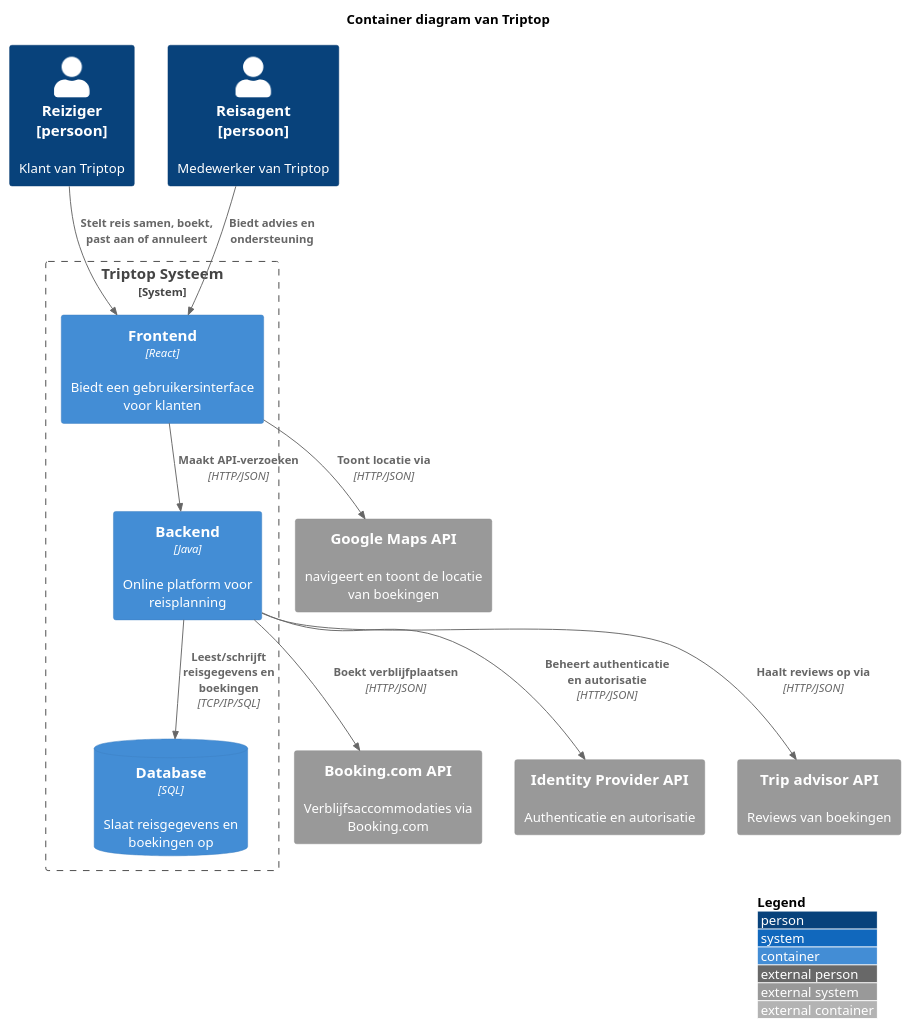
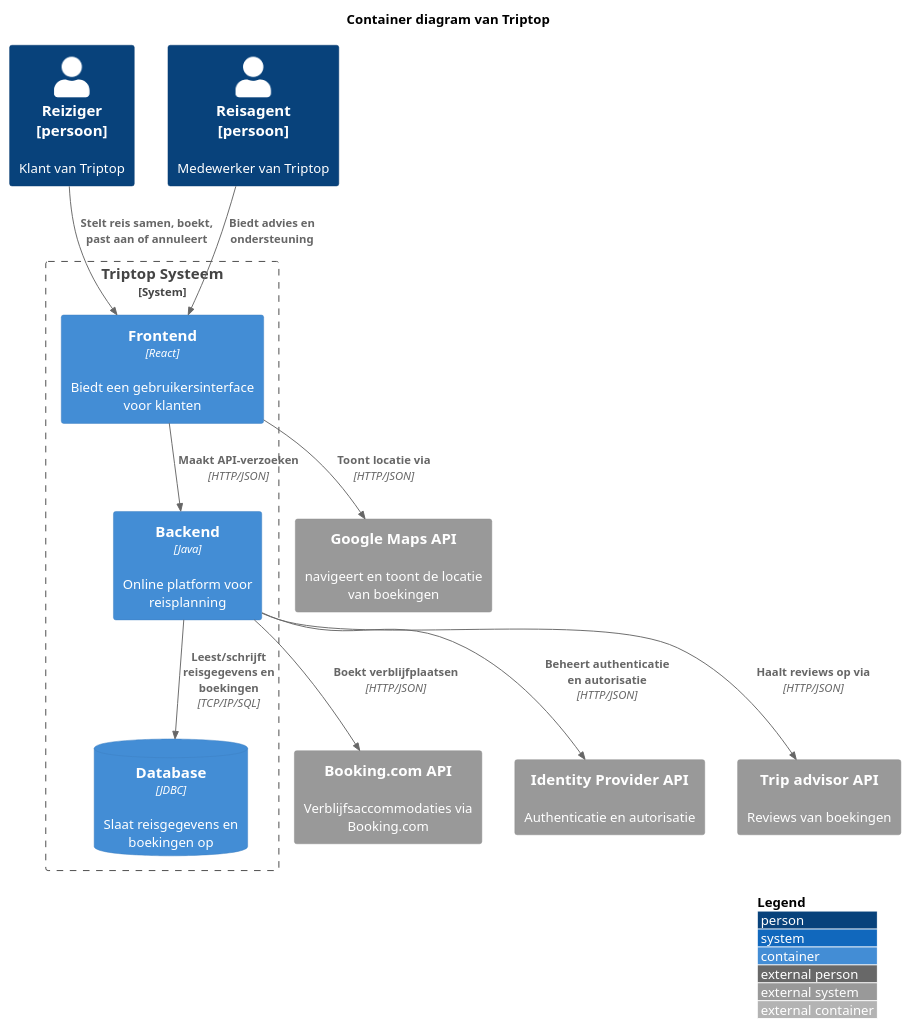
Before and after one commit to AIM-ENE-feb25/triptop-groep-b3: the diagram in software-guidebook/groep-container-diagram.puml, drawn with PlantUML. The commit also changed 21 other files, not shown here.

```diff
--- a/software-guidebook/groep-container-diagram.puml
+++ b/software-guidebook/groep-container-diagram.puml
@@ -1,33 +1,33 @@
 @startuml
 !include <C4/C4>
 !include <C4/C4_Context>
 !include <C4/C4_Container>
 
 LAYOUT_WITH_LEGEND()
 
 title Container diagram van Triptop
 
 Person(reiziger, "Reiziger\n[persoon]", "Klant van Triptop")
 Person(reisagent, "Reisagent\n[persoon]", "Medewerker van Triptop")
 
 System_Boundary(triptop, "Triptop Systeem") {
     Container(frontend, "Frontend", "React","Biedt een gebruikersinterface voor klanten")
     Container(backend, "Backend", "Java", "Online platform voor reisplanning")
-    ContainerDb(database, "Database", "SQL", "Slaat reisgegevens en boekingen op")
+    ContainerDb(database, "Database", "JDBC", "Slaat reisgegevens en boekingen op")
 }
 
 System_Ext(bookingAPI, "Booking.com API", "Verblijfsaccommodaties via Booking.com")
 System_Ext(MapsAPI, "Google Maps API", "navigeert en toont de locatie van boekingen")
 System_Ext(identityProviderAPI, "Identity Provider API", "Authenticatie en autorisatie")
 System_Ext(tripAdvisor, "Trip advisor API", "Reviews van boekingen")
 
 Rel(reiziger, frontend, "Stelt reis samen, boekt, past aan of annuleert")
 Rel(reisagent, frontend, "Biedt advies en ondersteuning")
 Rel(frontend, backend, "Maakt API-verzoeken", "HTTP/JSON")
 Rel(backend, database, "Leest/schrijft reisgegevens en boekingen", "TCP/IP/SQL")
 Rel(backend, bookingAPI, "Boekt verblijfplaatsen", "HTTP/JSON")
 Rel(frontend, MapsAPI, "Toont locatie via", "HTTP/JSON")
 Rel(backend, identityProviderAPI, "Beheert authenticatie en autorisatie", "HTTP/JSON")
 Rel(backend, tripAdvisor, "Haalt reviews op via", "HTTP/JSON")
 
 @enduml
```
